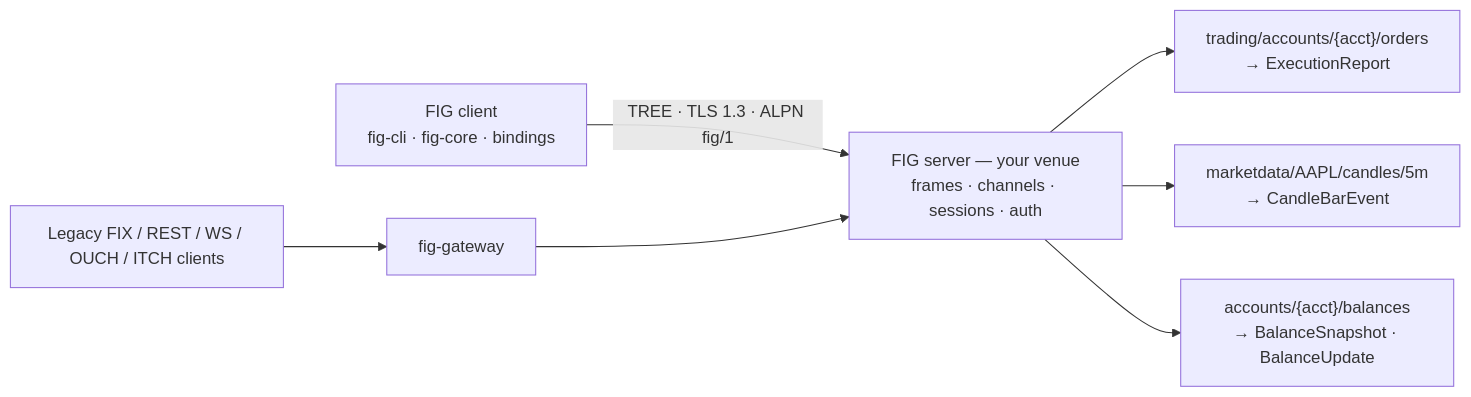
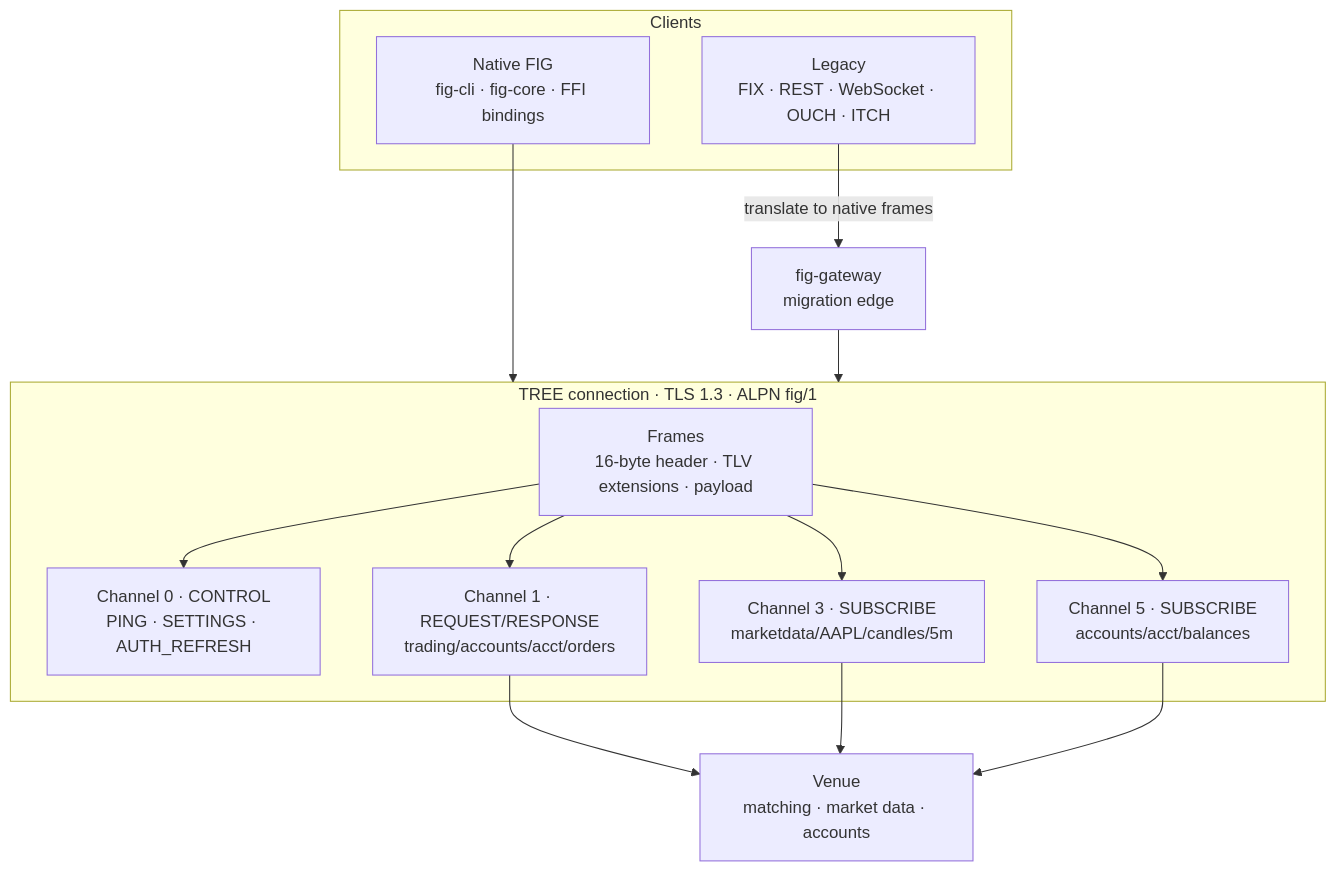
Before and after one commit to Macho0x/FIG: the first of 4 diagrams in README.md, drawn with Mermaid. The commit also changed other lines of this file and 3 other files, not shown here.

First line of the commit message:
docs: diagram the FIG flow on the README front page

````diff
--- a/README.md
+++ b/README.md
@@ -114,8 +118,23 @@
 ```mermaid
-flowchart LR
-  C["FIG client<br/>fig-cli · fig-core · bindings"] -- "TREE · TLS 1.3 · ALPN fig/1" --> S["FIG server — your venue<br/>frames · channels · sessions · auth"]
-  S --> O["trading/accounts/{acct}/orders<br/>→ ExecutionReport"]
-  S --> M["marketdata/AAPL/candles/5m<br/>→ CandleBarEvent"]
-  S --> B["accounts/{acct}/balances<br/>→ BalanceSnapshot · BalanceUpdate"]
-  L["Legacy FIX / REST / WS / OUCH / ITCH clients"] --> G["fig-gateway"] --> S
+flowchart TB
+  subgraph CL["Clients"]
+    N["Native FIG<br/>fig-cli · fig-core · FFI bindings"]
+    L["Legacy<br/>FIX · REST · WebSocket · OUCH · ITCH"]
+  end
+
+  L -->|translate to native frames| GW["fig-gateway<br/>migration edge"]
+  N --> TREE
+  GW --> TREE
+
+  subgraph TREE["TREE connection · TLS 1.3 · ALPN fig/1"]
+    F["Frames<br/>16-byte header · TLV extensions · payload"]
+    F --> CH0["Channel 0 · CONTROL<br/>PING · SETTINGS · AUTH_REFRESH"]
+    F --> CH1["Channel 1 · REQUEST/RESPONSE<br/>trading/accounts/acct/orders"]
+    F --> CH3["Channel 3 · SUBSCRIBE<br/>marketdata/AAPL/candles/5m"]
+    F --> CH5["Channel 5 · SUBSCRIBE<br/>accounts/acct/balances"]
+  end
+
+  CH1 --> V["Venue<br/>matching · market data · accounts"]
+  CH3 --> V
+  CH5 --> V
 ```
````
